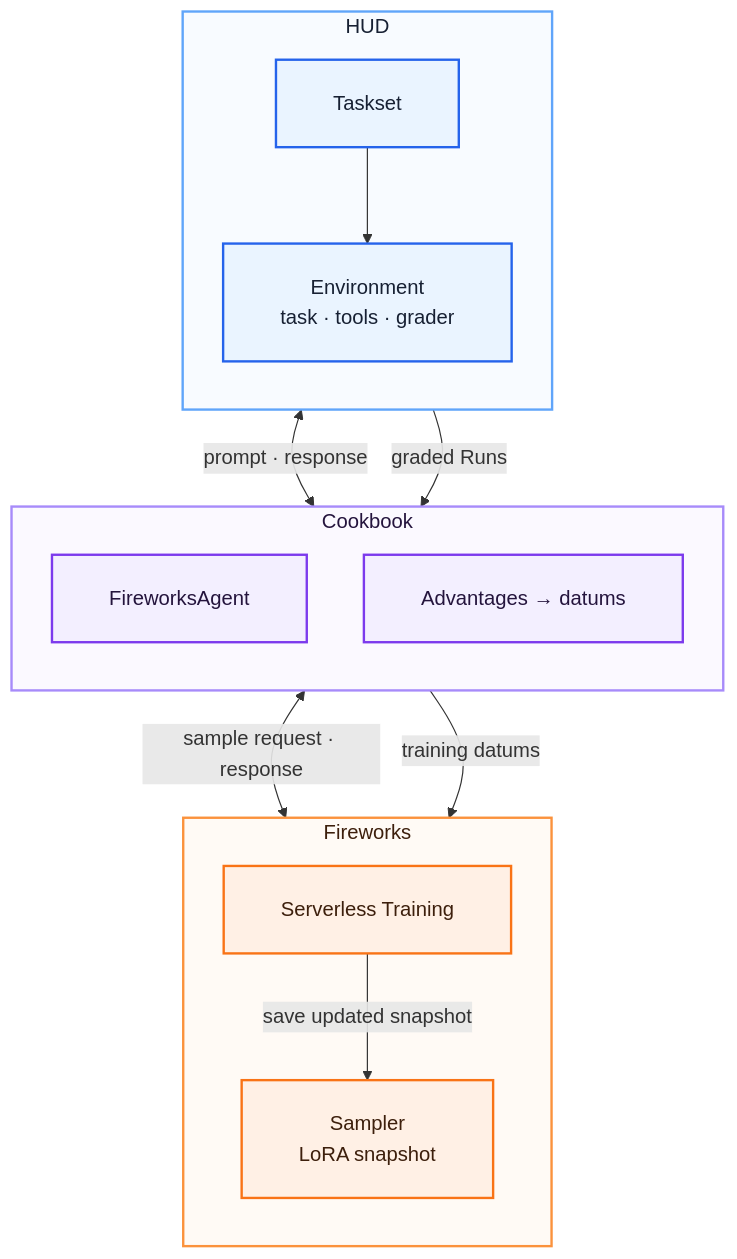
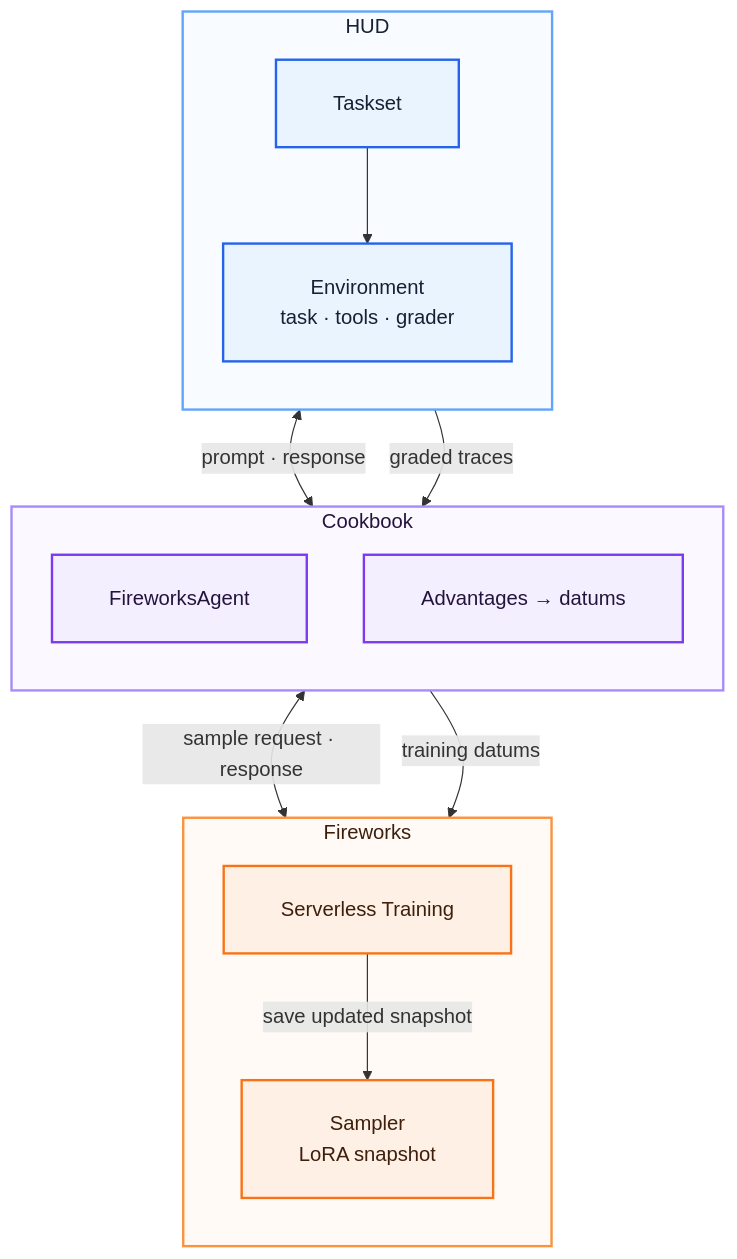
One commit to hud-evals/hud-python changed the diagram in docs/v6/cookbooks/fireworks-rl-training.mdx. Above: the diagram before and after it, drawn with Mermaid. The commit also changed other lines of this file and 39 other files, not shown here.

First line of the commit message:
refactor: return graded traces from rollouts

````diff
--- a/docs/v6/cookbooks/fireworks-rl-training.mdx
+++ b/docs/v6/cookbooks/fireworks-rl-training.mdx
@@ -24,35 +24,35 @@
 ```mermaid
 %%{init: {'flowchart': {'padding': 24, 'nodeSpacing': 48, 'rankSpacing': 56}, 'themeVariables': {'fontSize': '17px'}}}%%
 flowchart TD
     subgraph hud["HUD"]
         direction TB
         taskset["Taskset"]
         env["Environment<br/>task · tools · grader"]
         taskset --> env
     end
     subgraph cookbook["Cookbook"]
         direction TB
         agent["FireworksAgent"]
         batch["Advantages → datums"]
     end
     subgraph fireworks["Fireworks"]
         direction TB
         sampler["Sampler<br/>LoRA snapshot"]
         trainer["Serverless Training"]
     end
     env <-->|prompt · response| agent
     agent <-->|sample request · response| sampler
-    env -->|graded Runs| batch
+    env -->|graded traces| batch
     batch -->|training datums| trainer
     trainer -->|save updated snapshot| sampler
 
     classDef hudNode fill:#eaf4ff,stroke:#2563eb,stroke-width:2px,color:#172033;
     classDef cookbookNode fill:#f3efff,stroke:#7c3aed,stroke-width:2px,color:#24143d;
     classDef fireworksNode fill:#fff0e5,stroke:#f97316,stroke-width:2px,color:#3d1f0c;
     class taskset,env hudNode;
     class agent,batch cookbookNode;
     class sampler,trainer fireworksNode;
     style hud fill:#f8fbff,stroke:#60a5fa,stroke-width:2px,color:#172033;
     style cookbook fill:#fbf9ff,stroke:#a78bfa,stroke-width:2px,color:#24143d;
     style fireworks fill:#fffaf5,stroke:#fb923c,stroke-width:2px,color:#3d1f0c;
 ```
````
